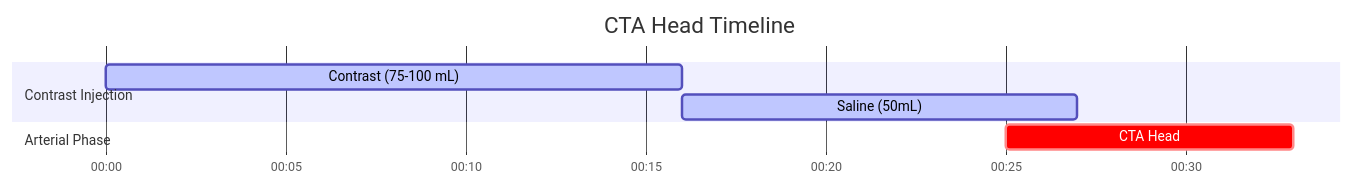
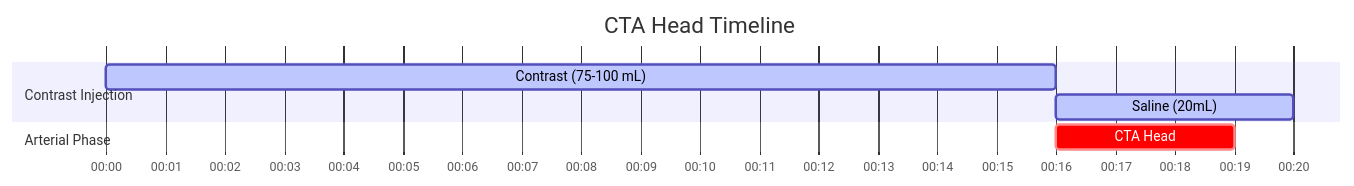
The diagram in docs/ct/neuro/cta-head.md (dfergs93/radiology-protocols), drawn with Mermaid before and after one commit. The commit also changed other lines of this file and 113 other files, not shown here.

````diff
--- a/docs/ct/neuro/cta-head.md
+++ b/docs/ct/neuro/cta-head.md
@@ -84,16 +85,16 @@
   ```mermaid
   ---
   config:
     theme: default
   ---
     gantt
       title CTA Head Timeline
       dateFormat mm:ss
       axisFormat %M:%S 
       
       section Contrast Injection
       Contrast (75-100 mL)    :active, contrast, 00:00, 16s
-      Saline (50mL)          :active, saline, after contrast, 11s
+      Saline (20mL)          :active, saline, after contrast, 4s
       section Arterial Phase
-      CTA Head    :crit, scan1, 00:25, 8s
+      CTA Head    :crit, scan1, after contrast, 3s
   ```
````
